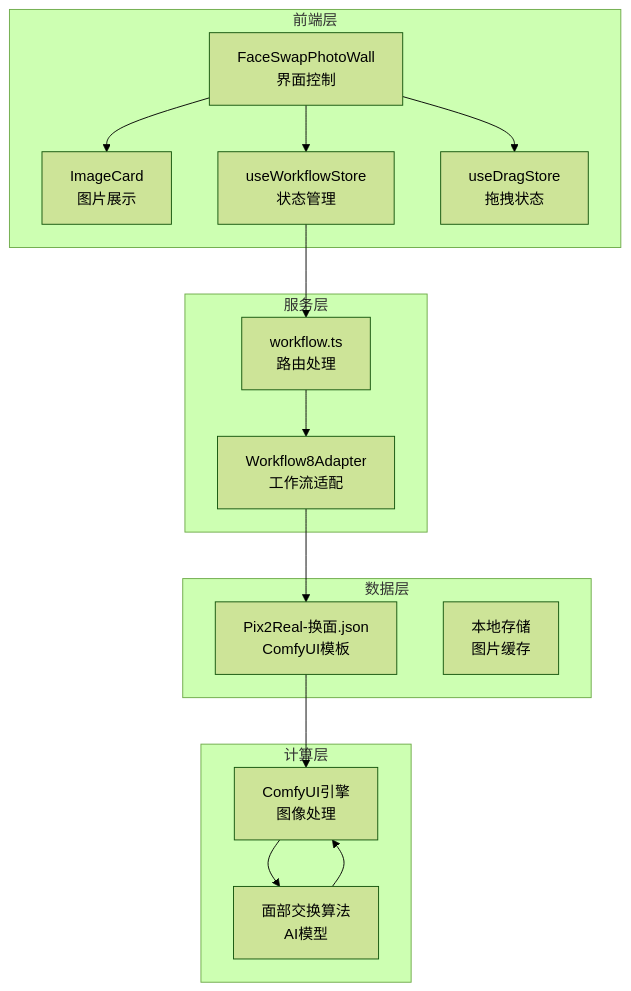
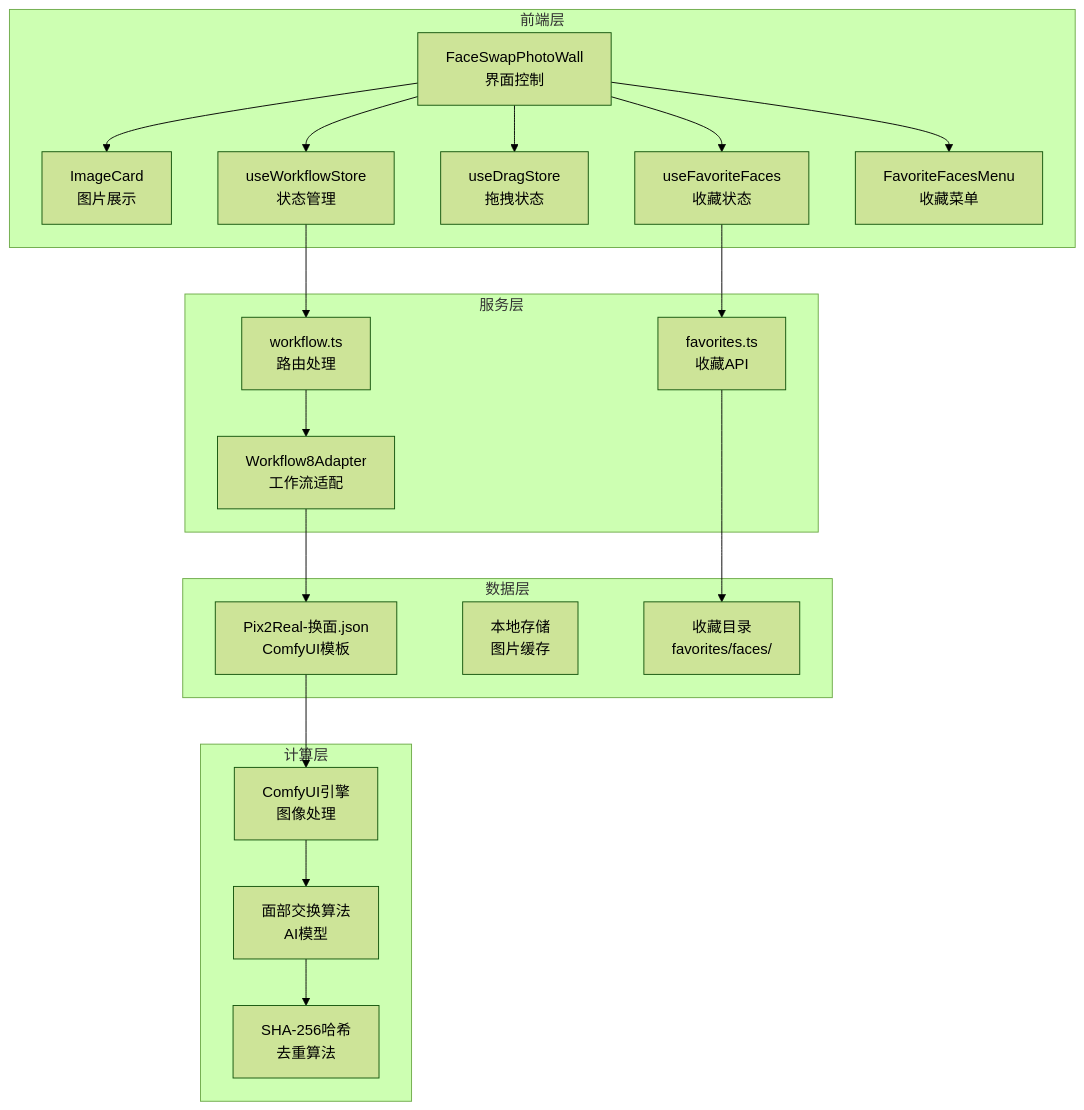
The third of 9 diagrams in .qoder/repowiki/zh/content/专业功能/面部交换.md (billye220670/CorineKit_Pix2Real), drawn with Mermaid (forest theme) before and after one commit. The commit also changed other lines of this file and 73 other files, not shown here.

````diff
--- a/.qoder/repowiki/zh/content/专业功能/面部交换.md
+++ b/.qoder/repowiki/zh/content/专业功能/面部交换.md
@@ -143,30 +170,39 @@
 ```mermaid
 graph TB
 subgraph "前端层"
 A[FaceSwapPhotoWall<br/>界面控制]
 B[ImageCard<br/>图片展示]
 C[useWorkflowStore<br/>状态管理]
 D[useDragStore<br/>拖拽状态]
+E[useFavoriteFaces<br/>收藏状态]
+F[FavoriteFacesMenu<br/>收藏菜单]
 end
 subgraph "服务层"
-E[workflow.ts<br/>路由处理]
-F[Workflow8Adapter<br/>工作流适配]
+G[workflow.ts<br/>路由处理]
+H[Workflow8Adapter<br/>工作流适配]
+I[favorites.ts<br/>收藏API]
 end
 subgraph "数据层"
-G[Pix2Real-换面.json<br/>ComfyUI模板]
-H[本地存储<br/>图片缓存]
+J[Pix2Real-换面.json<br/>ComfyUI模板]
+K[本地存储<br/>图片缓存]
+L[收藏目录<br/>favorites/faces/]
 end
 subgraph "计算层"
-I[ComfyUI引擎<br/>图像处理]
-J[面部交换算法<br/>AI模型]
+M[ComfyUI引擎<br/>图像处理]
+N[面部交换算法<br/>AI模型]
+O[SHA-256哈希<br/>去重算法]
 end
 A --> B
 A --> C
 A --> D
-C --> E
-E --> F
-F --> G
-G --> I
-I --> J
-J --> I
+A --> E
+A --> F
+E --> I
+C --> G
+G --> H
+H --> J
+I --> L
+J --> M
+M --> N
+N --> O
 ```
````
